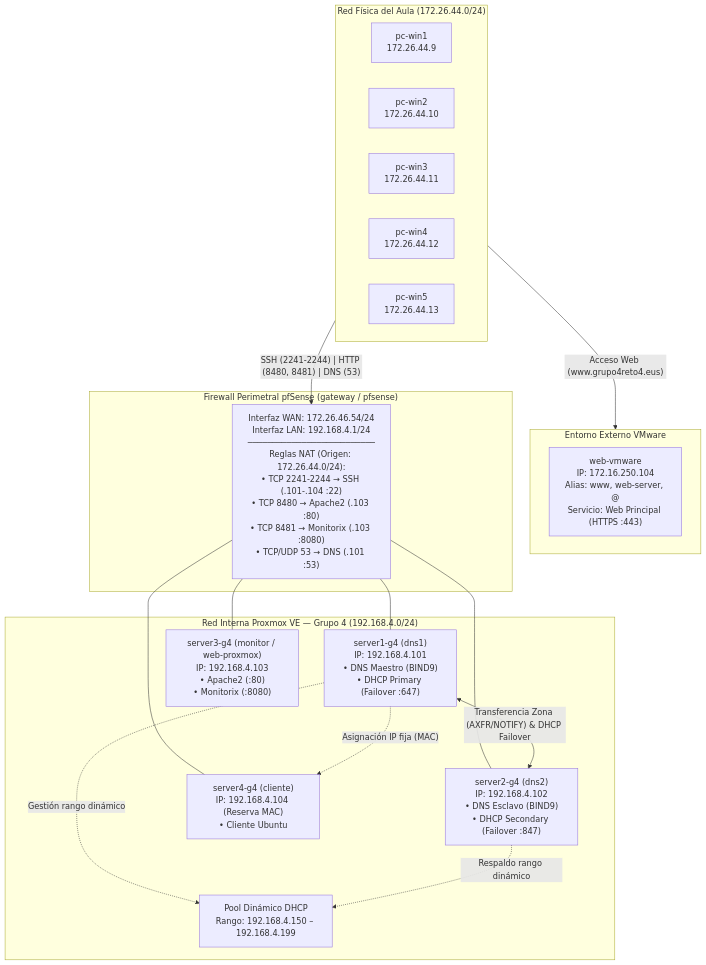
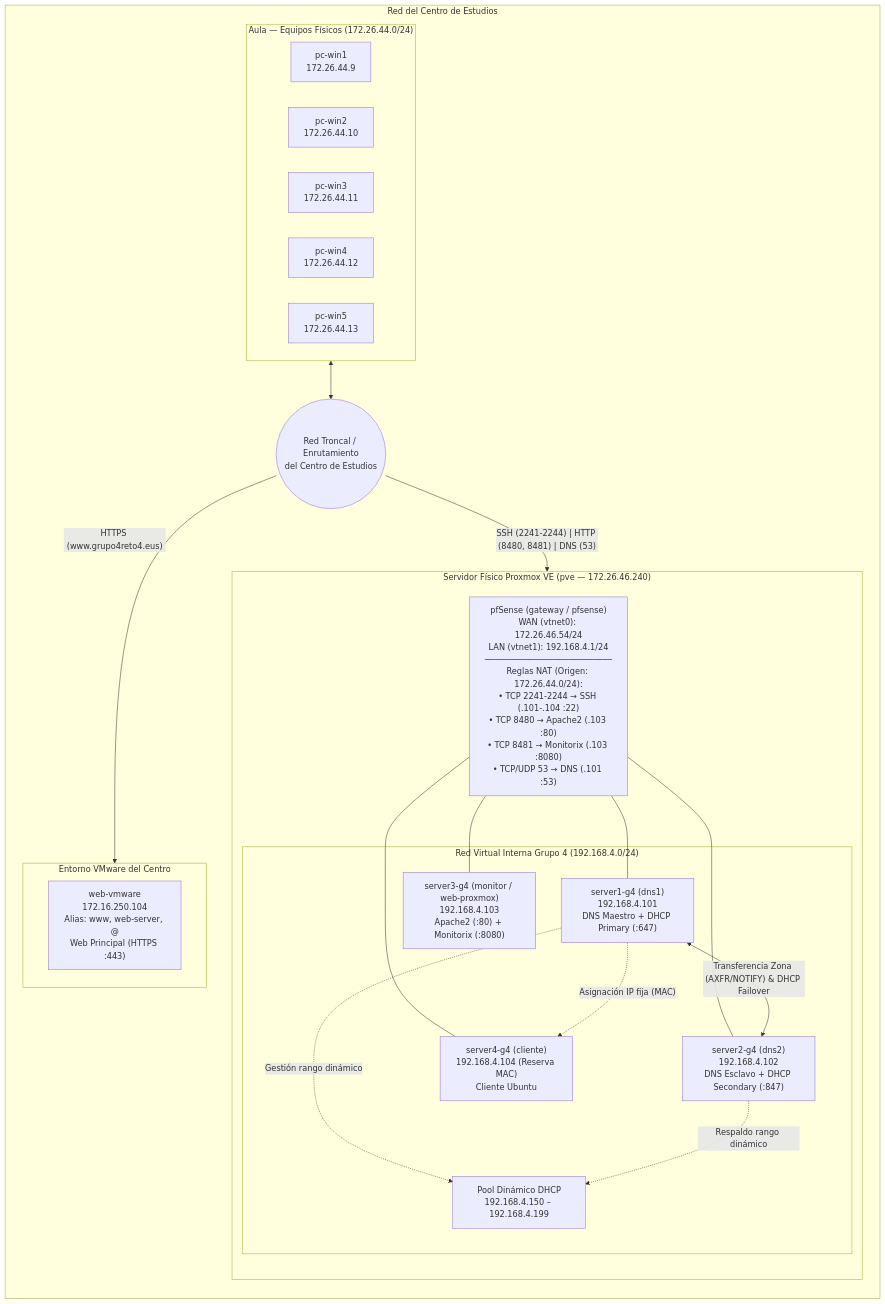
The diagram in diagramas/diagrama.md (martinavisasir/reto4-sri-grupo4), drawn with Mermaid before and after one commit. The commit also changed other lines of this file, not shown here.

Commit message:
Revise logical topology diagram with new subgraphs
Updated the logical topology diagram to include new subgraphs and connections.

````diff
--- a/diagramas/diagrama.md
+++ b/diagramas/diagrama.md
@@ -5,40 +5,48 @@
 ```mermaid
 flowchart TB
-    subgraph AULA["Red Física del Aula (172.26.44.0/24)"]
-        direction LR
-        W1["pc-win1<br/>172.26.44.9"]
-        W2["pc-win2<br/>172.26.44.10"]
-        W3["pc-win3<br/>172.26.44.11"]
-        W4["pc-win4<br/>172.26.44.12"]
-        W5["pc-win5<br/>172.26.44.13"]
+    subgraph CENTRO["Red del Centro de Estudios"]
+        direction TB
+
+        subgraph AULA["Aula — Equipos Físicos (172.26.44.0/24)"]
+            direction LR
+            W1["pc-win1<br/>172.26.44.9"]
+            W2["pc-win2<br/>172.26.44.10"]
+            W3["pc-win3<br/>172.26.44.11"]
+            W4["pc-win4<br/>172.26.44.12"]
+            W5["pc-win5<br/>172.26.44.13"]
+        end
+
+        CORE(("Red Troncal / Enrutamiento<br/>del Centro de Estudios"))
+
+        subgraph VMWARE["Entorno VMware del Centro"]
+            VMW["web-vmware<br/>172.16.250.104<br/>Alias: www, web-server, @<br/>Web Principal (HTTPS :443)"]
+        end
+
+        subgraph PVE["Servidor Físico Proxmox VE (pve — 172.26.46.240)"]
+            direction TB
+            FW["pfSense (gateway / pfsense)<br/>WAN (vtnet0): 172.26.46.54/24<br/>LAN (vtnet1): 192.168.4.1/24<br/>──────────────────────────<br/>Reglas NAT (Origen: 172.26.44.0/24):<br/>• TCP 2241-2244 → SSH (.101-.104 :22)<br/>• TCP 8480 → Apache2 (.103 :80)<br/>• TCP 8481 → Monitorix (.103 :8080)<br/>• TCP/UDP 53 → DNS (.101 :53)"]
+
+            subgraph LAN["Red Virtual Interna Grupo 4 (192.168.4.0/24)"]
+                S1["server1-g4 (dns1)<br/>192.168.4.101<br/>DNS Maestro + DHCP Primary (:647)"]
+                S2["server2-g4 (dns2)<br/>192.168.4.102<br/>DNS Esclavo + DHCP Secondary (:847)"]
+                S3["server3-g4 (monitor / web-proxmox)<br/>192.168.4.103<br/>Apache2 (:80) + Monitorix (:8080)"]
+                S4["server4-g4 (cliente)<br/>192.168.4.104 (Reserva MAC)<br/>Cliente Ubuntu"]
+                POOL["Pool Dinámico DHCP<br/>192.168.4.150 – 192.168.4.199"]
+            end
+        end
+
+        AULA <--> CORE
+        CORE -- "HTTPS (www.grupo4reto4.eus)" --> VMWARE
+        CORE -- "SSH (2241-2244) | HTTP (8480, 8481) | DNS (53)" --> FW
+
+        FW --- S1
+        FW --- S2
+        FW --- S3
+        FW --- S4
+
+        S1 <-- "Transferencia Zona (AXFR/NOTIFY) & DHCP Failover" --> S2
+        S1 -. "Asignación IP fija (MAC)" .-> S4
+        S1 -. "Gestión rango dinámico" .-> POOL
+        S2 -. "Respaldo rango dinámico" .-> POOL
     end
-
-    subgraph VMWARE["Entorno Externo VMware"]
-        VMW["web-vmware<br/>IP: 172.16.250.104<br/>Alias: www, web-server, @<br/>Servicio: Web Principal (HTTPS :443)"]
-    end
-
-    subgraph PFS["Firewall Perimetral pfSense (gateway / pfsense)"]
-        FW["Interfaz WAN: 172.26.46.54/24<br/>Interfaz LAN: 192.168.4.1/24<br/>──────────────────────────<br/>Reglas NAT (Origen: 172.26.44.0/24):<br/>• TCP 2241-2244 → SSH (.101-.104 :22)<br/>• TCP 8480 → Apache2 (.103 :80)<br/>• TCP 8481 → Monitorix (.103 :8080)<br/>• TCP/UDP 53 → DNS (.101 :53)"]
-    end
-
-    subgraph PROXMOX["Red Interna Proxmox VE — Grupo 4 (192.168.4.0/24)"]
-        S1["server1-g4 (dns1)<br/>IP: 192.168.4.101<br/>• DNS Maestro (BIND9)<br/>• DHCP Primary (Failover :647)"]
-        S2["server2-g4 (dns2)<br/>IP: 192.168.4.102<br/>• DNS Esclavo (BIND9)<br/>• DHCP Secondary (Failover :847)"]
-        S3["server3-g4 (monitor / web-proxmox)<br/>IP: 192.168.4.103<br/>• Apache2 (:80)<br/>• Monitorix (:8080)"]
-        S4["server4-g4 (cliente)<br/>IP: 192.168.4.104 (Reserva MAC)<br/>• Cliente Ubuntu"]
-        POOL["Pool Dinámico DHCP<br/>Rango: 192.168.4.150 – 192.168.4.199"]
-    end
-
-    AULA -- "Acceso Web (www.grupo4reto4.eus)" --> VMWARE
-    AULA -- "SSH (2241-2244) | HTTP (8480, 8481) | DNS (53)" --> FW
-
-    FW --- S1
-    FW --- S2
-    FW --- S3
-    FW --- S4
-
-    S1 <-- "Transferencia Zona (AXFR/NOTIFY) & DHCP Failover" --> S2
-    S1 -. "Asignación IP fija (MAC)" .-> S4
-    S1 -. "Gestión rango dinámico" .-> POOL
-    S2 -. "Respaldo rango dinámico" .-> POOL
 ```
````
